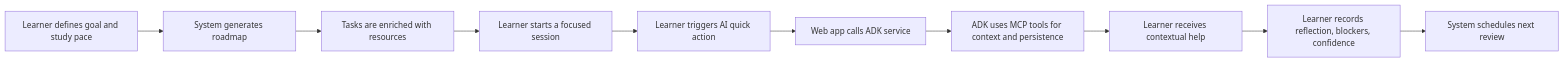
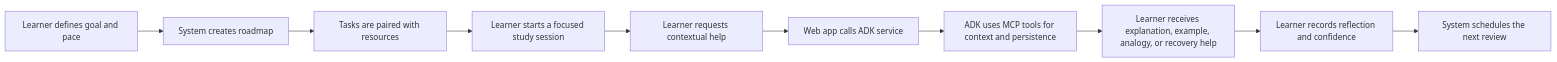
The first of 3 diagrams in docs/gen-ai-academy-prototype-deck-content.md (fadlyzaki/learning-progress-architect), drawn with Mermaid before and after one commit. The commit also changed other lines of this file and 1 other file, not shown here.

````diff
--- a/docs/gen-ai-academy-prototype-deck-content.md
+++ b/docs/gen-ai-academy-prototype-deck-content.md
@@ -107,12 +153,12 @@
 ```mermaid
 flowchart LR
-    A["Learner defines goal and study pace"] --> B["System generates roadmap"]
-    B --> C["Tasks are enriched with resources"]
-    C --> D["Learner starts a focused session"]
-    D --> E["Learner triggers AI quick action"]
+    A["Learner defines goal and pace"] --> B["System creates roadmap"]
+    B --> C["Tasks are paired with resources"]
+    C --> D["Learner starts a focused study session"]
+    D --> E["Learner requests contextual help"]
     E --> F["Web app calls ADK service"]
     F --> G["ADK uses MCP tools for context and persistence"]
-    G --> H["Learner receives contextual help"]
-    H --> I["Learner records reflection, blockers, confidence"]
-    I --> J["System schedules next review"]
+    G --> H["Learner receives explanation, example, analogy, or recovery help"]
+    H --> I["Learner records reflection and confidence"]
+    I --> J["System schedules the next review"]
 ```
````
